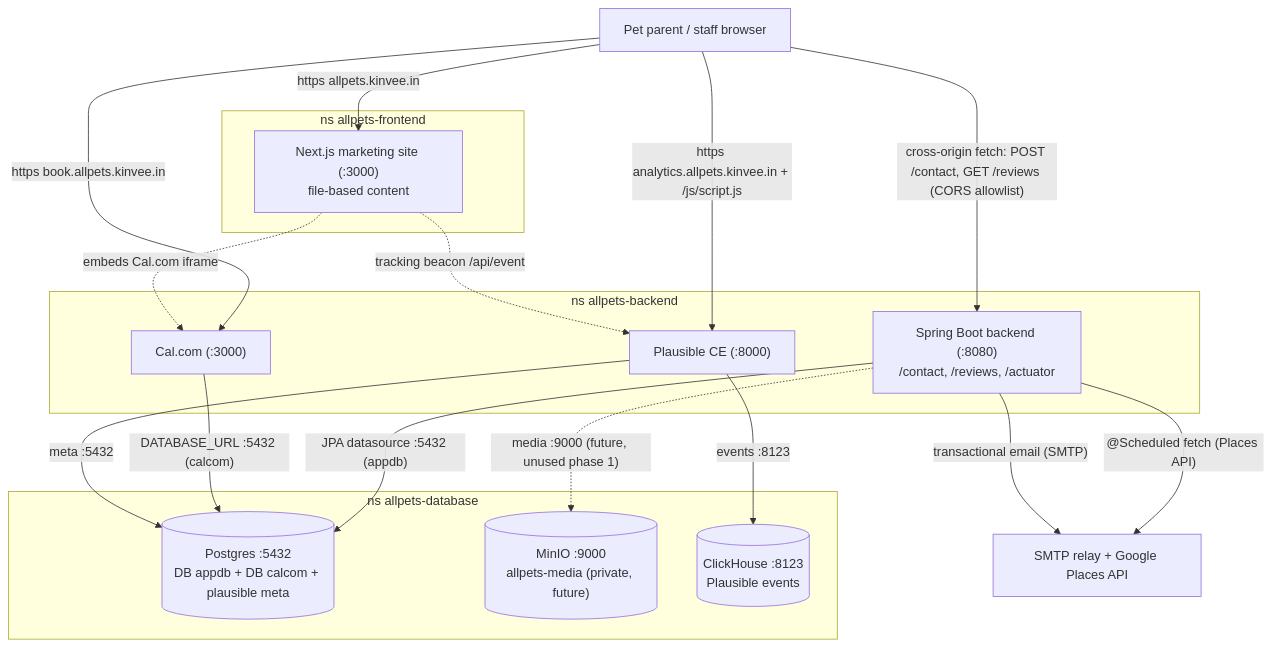
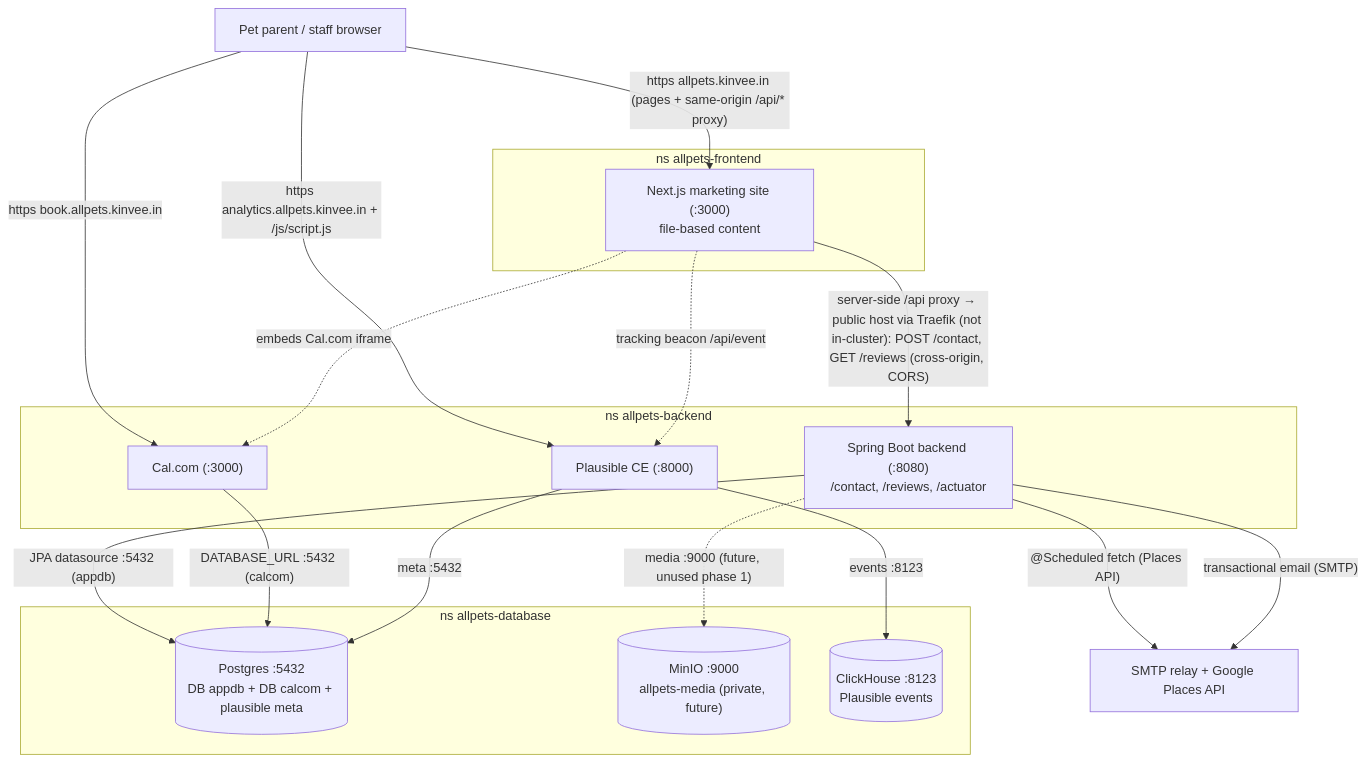
Before and after one commit to gimballock-1/allpets-backend: the diagram in planning/lld-backend.md, drawn with Mermaid. The commit also changed other lines of this file and 2 other files, not shown here.

First line of the commit message:
docs(design): make same-origin proxy (Option A) canonical for browser→API (#189)

````diff
--- a/planning/lld-backend.md
+++ b/planning/lld-backend.md
@@ -36,35 +36,35 @@
 ```mermaid
 flowchart TB
     visitor["Pet parent / staff browser"]
 
     subgraph fe["ns allpets-frontend"]
         site["Next.js marketing site (:3000)<br/>file-based content"]
     end
     subgraph be["ns allpets-backend"]
         api["Spring Boot backend (:8080)<br/>/contact, /reviews, /actuator"]
         calcom["Cal.com (:3000)"]
         plausible["Plausible CE (:8000)"]
     end
     subgraph db["ns allpets-database"]
         pg[("Postgres :5432<br/>DB appdb + DB calcom + plausible meta")]
         minio[("MinIO :9000<br/>allpets-media (private, future)")]
         ch[("ClickHouse :8123<br/>Plausible events")]
     end
     external["SMTP relay + Google Places API"]
 
-    visitor -->|"https allpets.kinvee.in"| site
-    visitor -->|"cross-origin fetch: POST /contact, GET /reviews (CORS allowlist)"| api
+    visitor -->|"https allpets.kinvee.in (pages + same-origin /api/* proxy)"| site
+    site -->|"server-side /api proxy → public host via Traefik (not in-cluster): POST /contact, GET /reviews (cross-origin, CORS)"| api
     visitor -->|"https book.allpets.kinvee.in"| calcom
     visitor -->|"https analytics.allpets.kinvee.in + /js/script.js"| plausible
 
     site -. "embeds Cal.com iframe" .-> calcom
     site -. "tracking beacon /api/event" .-> plausible
 
     api -->|"JPA datasource :5432 (appdb)"| pg
     api -. "media :9000 (future, unused phase 1)" .-> minio
     api -->|"@Scheduled fetch (Places API)"| external
     api -->|"transactional email (SMTP)"| external
     calcom -->|"DATABASE_URL :5432 (calcom)"| pg
     plausible -->|"meta :5432"| pg
     plausible -->|"events :8123"| ch
 ```
````
